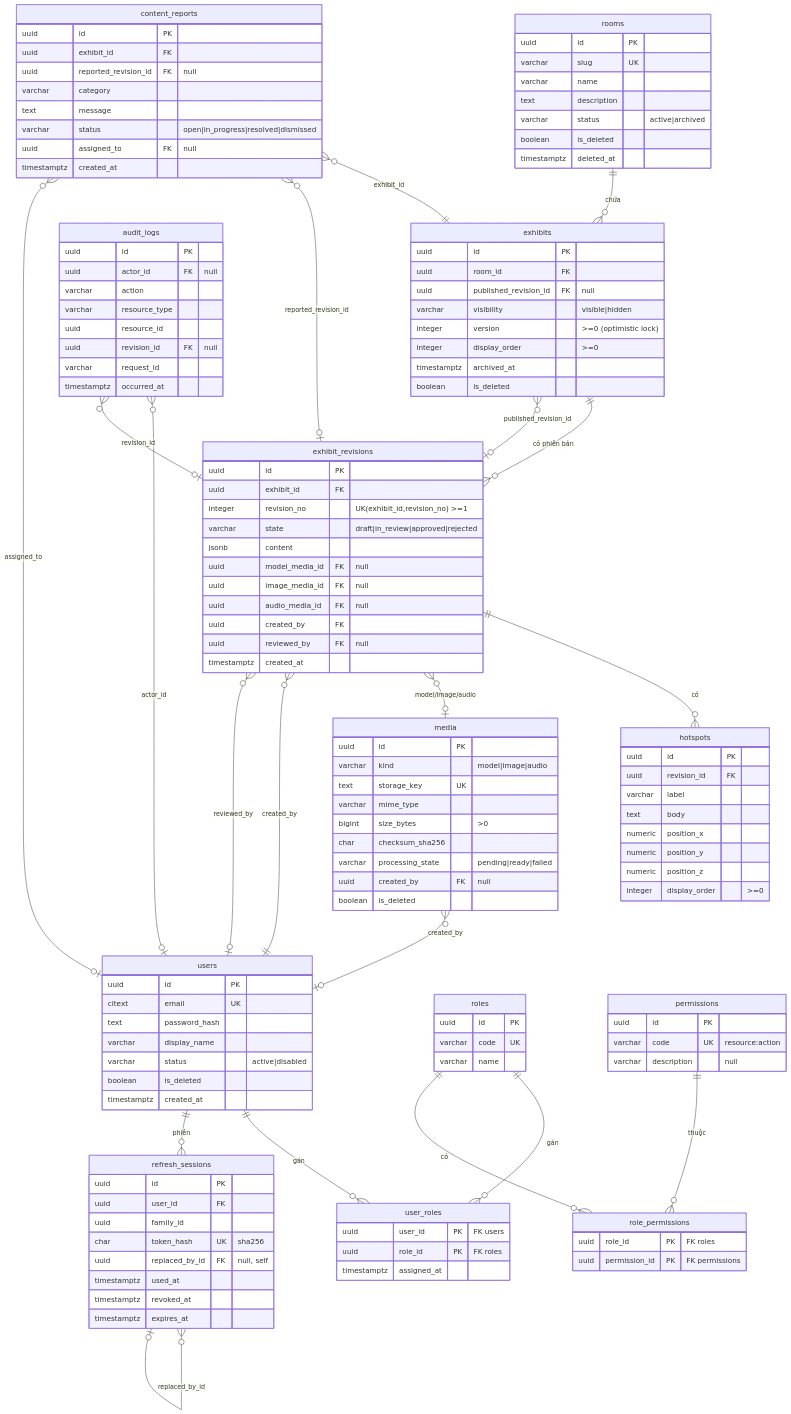
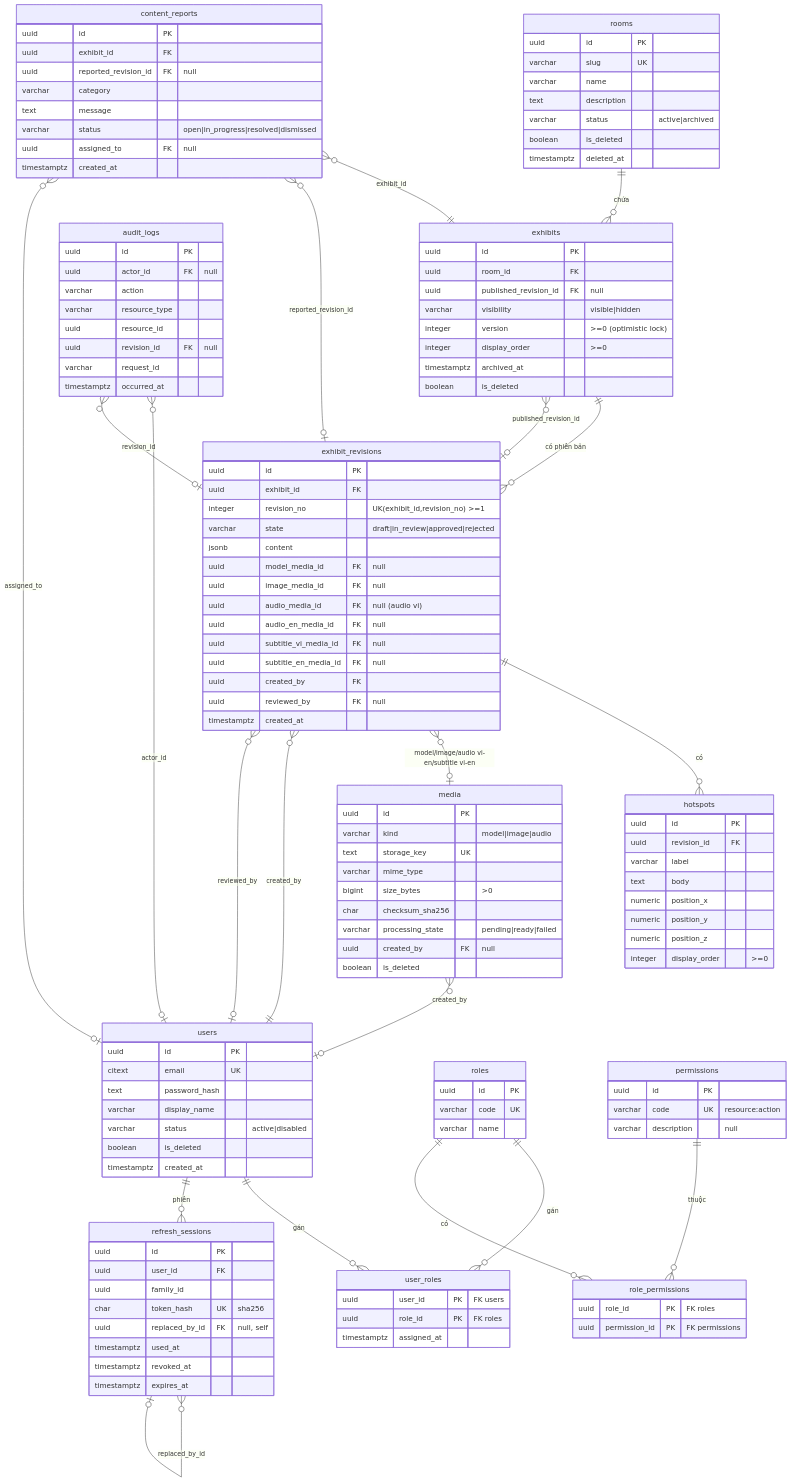
The diagram in docs/Diagrams/01-erd.md (ailabs26/ailabs-museum), drawn with Mermaid before and after one commit. The commit also changed 4 other files, not shown here.

```diff
--- a/docs/Diagrams/01-erd.md
+++ b/docs/Diagrams/01-erd.md
@@ -10,7 +10,7 @@
     exhibits ||--o{ exhibit_revisions : "có phiên bản"
     exhibits }o--o| exhibit_revisions : "published_revision_id"
     exhibit_revisions ||--o{ hotspots : "có"
-    exhibit_revisions }o--o| media : "model/image/audio"
+    exhibit_revisions }o--o| media : "model/image/audio vi-en/subtitle vi-en"
     exhibit_revisions }o--|| users : "created_by"
     exhibit_revisions }o--o| users : "reviewed_by"
     media }o--o| users : "created_by"
@@ -53,7 +53,10 @@
         jsonb content
         uuid model_media_id FK "null"
         uuid image_media_id FK "null"
-        uuid audio_media_id FK "null"
+        uuid audio_media_id FK "null (audio vi)"
+        uuid audio_en_media_id FK "null"
+        uuid subtitle_vi_media_id FK "null"
+        uuid subtitle_en_media_id FK "null"
         uuid created_by FK
         uuid reviewed_by FK "null"
         timestamptz created_at
```
